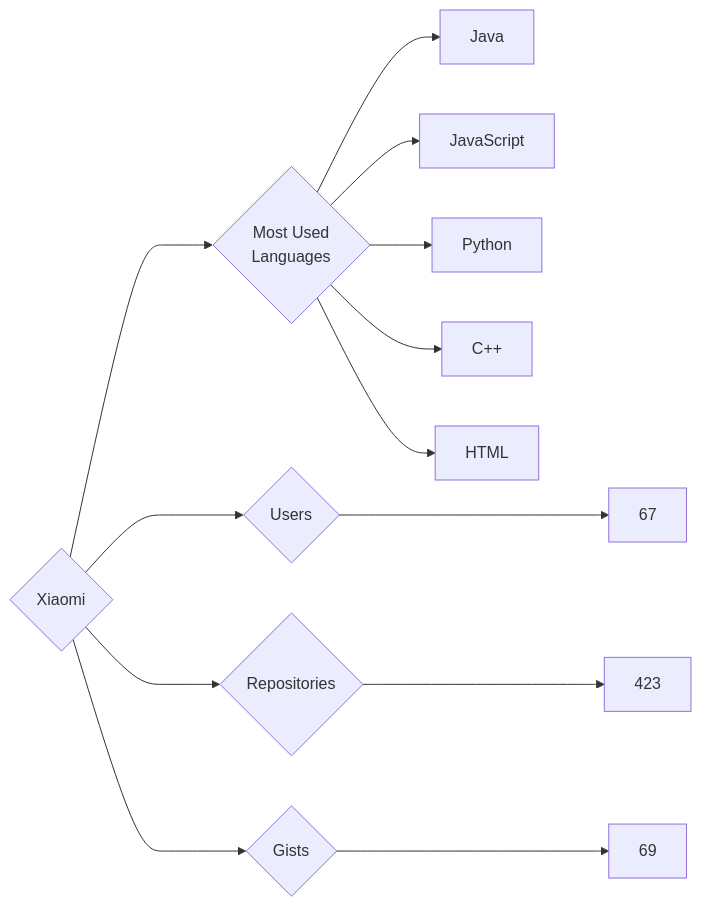
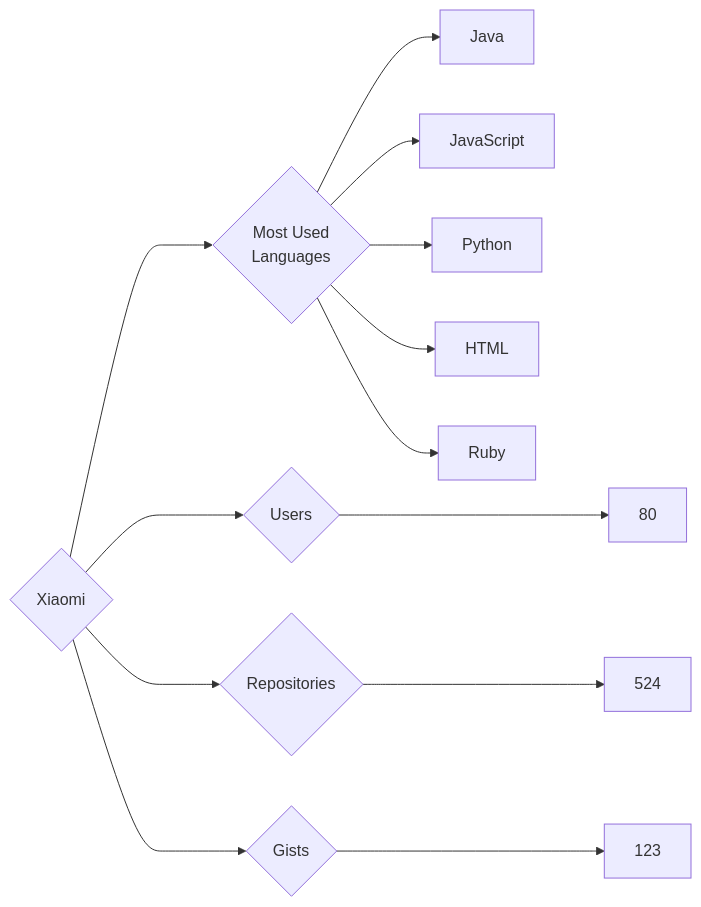
One commit to trickest/insiders changed the diagram in targets/Xiaomi/README.md. Above: the diagram before and after it, drawn with Mermaid. The commit also changed 903 other files, not shown here.

````diff
--- a/targets/Xiaomi/README.md
+++ b/targets/Xiaomi/README.md
@@ -3,13 +3,13 @@
 ```mermaid
 graph LR
 COMPANY_NAME{Xiaomi}
-COMPANY_NAME ---> U{Users} ---> UN[67]
-COMPANY_NAME ---> R{Repositories} ---> RN[423]
-COMPANY_NAME ---> G{Gists} ---> GN[69]
+COMPANY_NAME ---> U{Users} ---> UN[80]
+COMPANY_NAME ---> R{Repositories} ---> RN[524]
+COMPANY_NAME ---> G{Gists} ---> GN[123]
 COMPANY_NAME ---> ML{Most Used<br>Languages}
 ML --> Java[Java]
 ML --> JavaScript[JavaScript]
 ML --> Python[Python]
-ML --> C++[C++]
 ML --> HTML[HTML]
+ML --> Ruby[Ruby]
 ```
````
